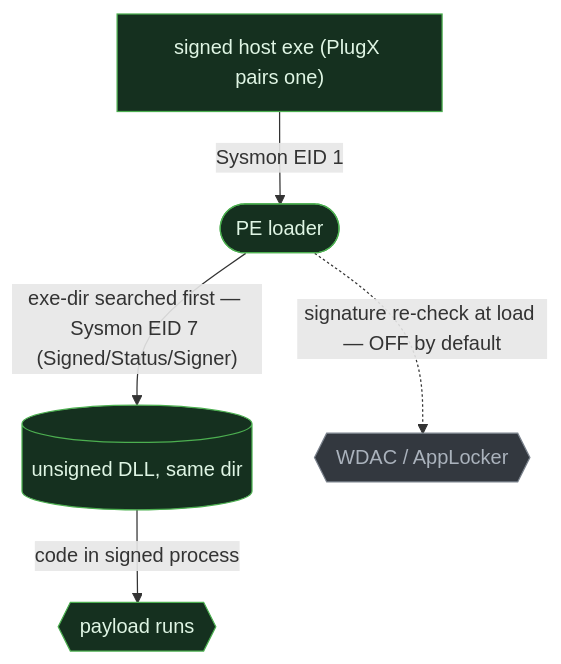
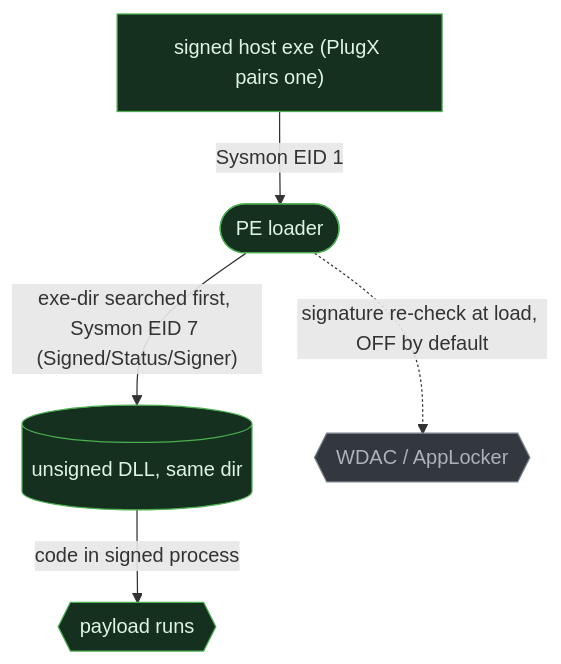
One commit to iimp0ster/os-internals-de-guide changed the second of 4 diagrams in src/execution/02-native-exec-loader.md. Above: the diagram before and after it, drawn with Mermaid. The commit also changed other lines of this file and 53 other files, not shown here.

````diff
--- a/src/execution/02-native-exec-loader.md
+++ b/src/execution/02-native-exec-loader.md
@@ -72,9 +64,9 @@
 ```mermaid
 flowchart TB
     P["signed host exe (PlugX pairs one)"]:::seen -->|"Sysmon EID 1"| L(["PE loader"]):::seen
-    L -->|"exe-dir searched first — Sysmon EID 7 (Signed/Status/Signer)"| LIB[("unsigned DLL, same dir")]:::seen
-    L -.->|"signature re-check at load — OFF by default"| G{{"WDAC / AppLocker"}}:::blind
+    L -->|"exe-dir searched first, Sysmon EID 7 (Signed/Status/Signer)"| LIB[("unsigned DLL, same dir")]:::seen
+    L -.->|"signature re-check at load, OFF by default"| G{{"WDAC / AppLocker"}}:::blind
     LIB -->|"code in signed process"| C{{"payload runs"}}:::seen
     classDef seen fill:#15301f,stroke:#4caf50,color:#dff5e4;
     classDef blind fill:#33383f,stroke:#7a828c,color:#aab2bc;
 ```
````
